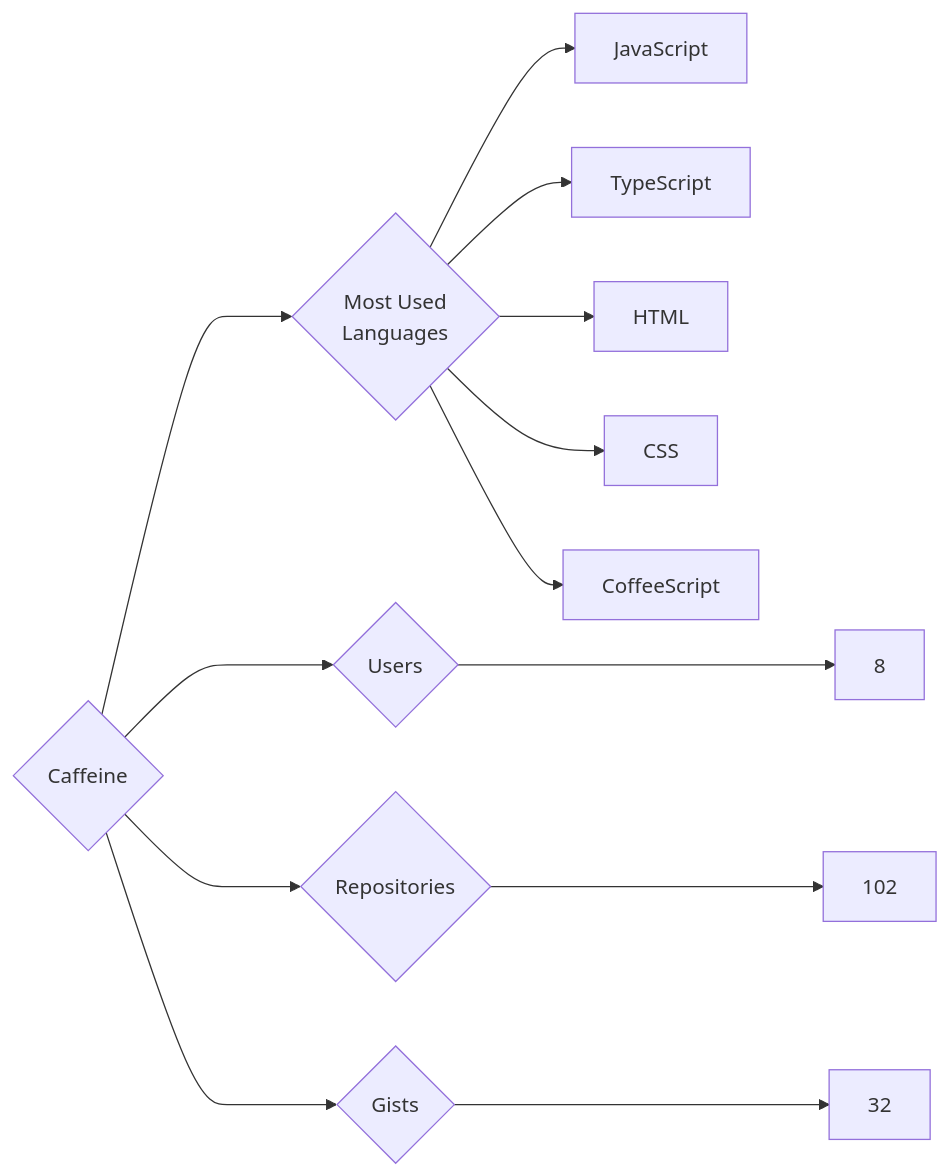
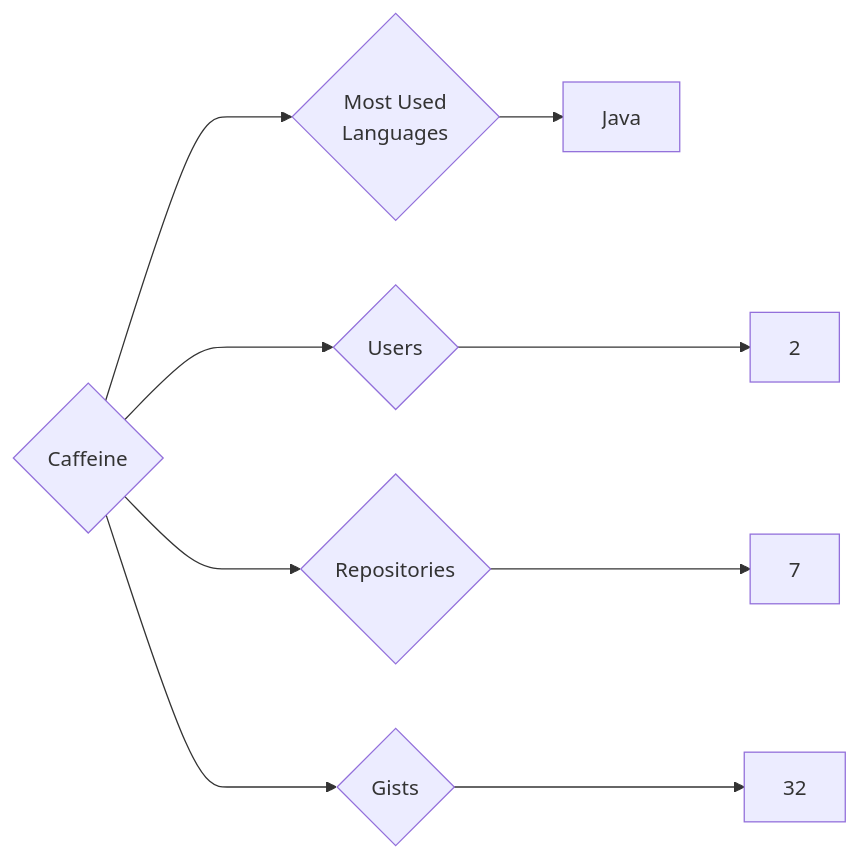
Before and after one commit to trickest/insiders: the diagram in targets/Caffeine/README.md, drawn with Mermaid. The commit also changed 750 other files, not shown here.

````diff
--- a/targets/Caffeine/README.md
+++ b/targets/Caffeine/README.md
@@ -3,13 +3,9 @@
 ```mermaid
 graph LR
 COMPANY_NAME{Caffeine}
-COMPANY_NAME ---> U{Users} ---> UN[8]
-COMPANY_NAME ---> R{Repositories} ---> RN[102]
+COMPANY_NAME ---> U{Users} ---> UN[2]
+COMPANY_NAME ---> R{Repositories} ---> RN[7]
 COMPANY_NAME ---> G{Gists} ---> GN[32]
 COMPANY_NAME ---> ML{Most Used<br>Languages}
-ML --> JavaScript[JavaScript]
-ML --> TypeScript[TypeScript]
-ML --> HTML[HTML]
-ML --> CSS[CSS]
-ML --> CoffeeScript[CoffeeScript]
+ML --> Java[Java]
 ```
````
